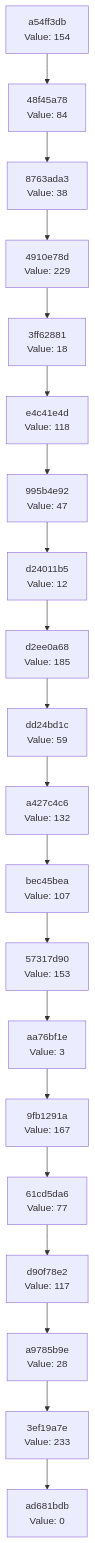
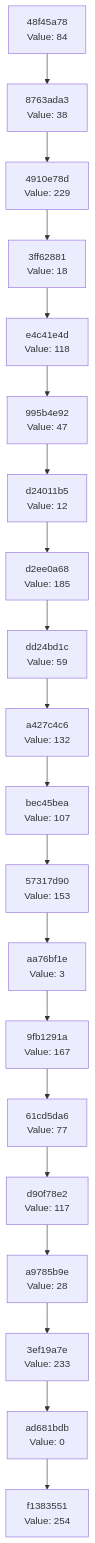
The diagram in docs/CHAIN_VISUALIZATION.md (Abhisheksinha1506/hash-chain-evolver), drawn with Mermaid before and after one commit. The commit also changed 2 other files, not shown here.

Commit message:
Evolution Step

````diff
--- a/docs/CHAIN_VISUALIZATION.md
+++ b/docs/CHAIN_VISUALIZATION.md
@@ -3,42 +3,42 @@
 ```mermaid
 graph TD
-    C0["ad681bdb<br/>Value: 0"]
-    C1["3ef19a7e<br/>Value: 233"]
+    C0["f1383551<br/>Value: 254"]
+    C1["ad681bdb<br/>Value: 0"]
     C1 --> C0
-    C2["a9785b9e<br/>Value: 28"]
+    C2["3ef19a7e<br/>Value: 233"]
     C2 --> C1
-    C3["d90f78e2<br/>Value: 117"]
+    C3["a9785b9e<br/>Value: 28"]
     C3 --> C2
-    C4["61cd5da6<br/>Value: 77"]
+    C4["d90f78e2<br/>Value: 117"]
     C4 --> C3
-    C5["9fb1291a<br/>Value: 167"]
+    C5["61cd5da6<br/>Value: 77"]
     C5 --> C4
-    C6["aa76bf1e<br/>Value: 3"]
+    C6["9fb1291a<br/>Value: 167"]
     C6 --> C5
-    C7["57317d90<br/>Value: 153"]
+    C7["aa76bf1e<br/>Value: 3"]
     C7 --> C6
-    C8["bec45bea<br/>Value: 107"]
+    C8["57317d90<br/>Value: 153"]
     C8 --> C7
-    C9["a427c4c6<br/>Value: 132"]
+    C9["bec45bea<br/>Value: 107"]
     C9 --> C8
-    C10["dd24bd1c<br/>Value: 59"]
+    C10["a427c4c6<br/>Value: 132"]
     C10 --> C9
-    C11["d2ee0a68<br/>Value: 185"]
+    C11["dd24bd1c<br/>Value: 59"]
     C11 --> C10
-    C12["d24011b5<br/>Value: 12"]
+    C12["d2ee0a68<br/>Value: 185"]
     C12 --> C11
-    C13["995b4e92<br/>Value: 47"]
+    C13["d24011b5<br/>Value: 12"]
     C13 --> C12
-    C14["e4c41e4d<br/>Value: 118"]
+    C14["995b4e92<br/>Value: 47"]
     C14 --> C13
-    C15["3ff62881<br/>Value: 18"]
+    C15["e4c41e4d<br/>Value: 118"]
     C15 --> C14
-    C16["4910e78d<br/>Value: 229"]
+    C16["3ff62881<br/>Value: 18"]
     C16 --> C15
-    C17["8763ada3<br/>Value: 38"]
+    C17["4910e78d<br/>Value: 229"]
     C17 --> C16
-    C18["48f45a78<br/>Value: 84"]
+    C18["8763ada3<br/>Value: 38"]
     C18 --> C17
-    C19["a54ff3db<br/>Value: 154"]
+    C19["48f45a78<br/>Value: 84"]
     C19 --> C18
 ```
````
